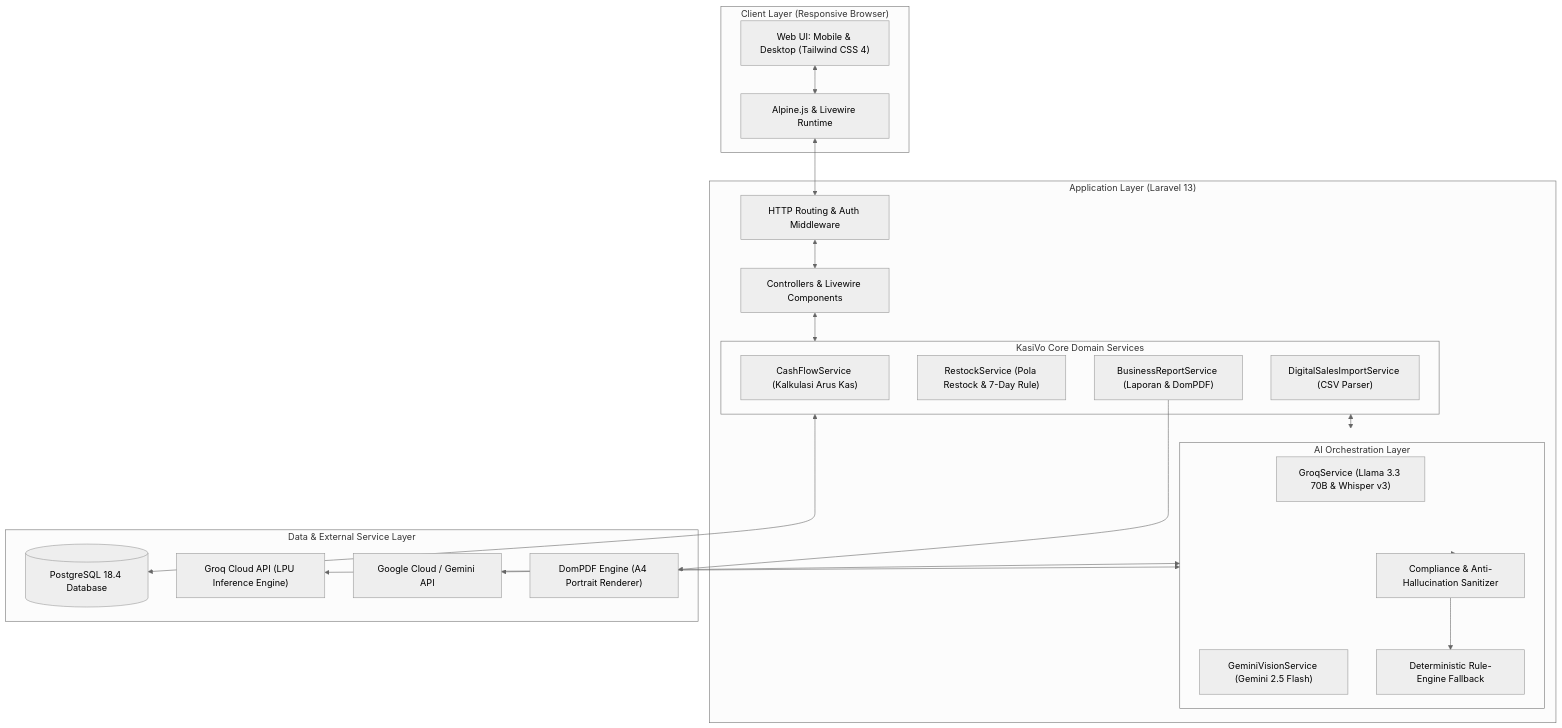
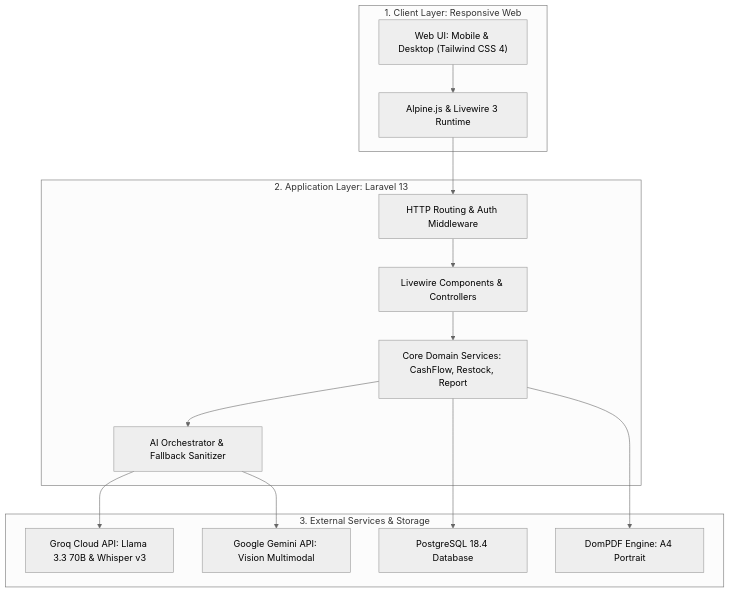
Before and after one commit to fahmirizki-zkie/KasiVo-WebApp: the first of 3 diagrams in README.md, drawn with Mermaid (neutral theme). The commit also changed other lines of this file and 4 other files, not shown here.

````diff
--- a/README.md
+++ b/README.md
@@ -91,47 +91,31 @@
 ```mermaid
-flowchart TD
-    subgraph ClientLayer ["Client Layer (Responsive Browser)"]
+graph TD
+    subgraph Client ["1. Client Layer: Responsive Web"]
         UI["Web UI: Mobile & Desktop (Tailwind CSS 4)"]
-        LivewireClient["Alpine.js & Livewire Runtime"]
+        Livewire["Alpine.js & Livewire 3 Runtime"]
     end
 
-    subgraph AppLayer ["Application Layer (Laravel 13)"]
+    subgraph App ["2. Application Layer: Laravel 13"]
         Router["HTTP Routing & Auth Middleware"]
-        Controllers["Controllers & Livewire Components"]
-        
-        subgraph CoreServices ["KasiVo Core Domain Services"]
-            CFService["CashFlowService (Kalkulasi Arus Kas)"]
-            RService["RestockService (Pola Restock & 7-Day Rule)"]
-            BReportService["BusinessReportService (Laporan & DomPDF)"]
-            ImportService["DigitalSalesImportService (CSV Parser)"]
-        end
-
-        subgraph AiOrchestration ["AI Orchestration Layer"]
-            GroqClient["GroqService (Llama 3.3 70B & Whisper v3)"]
-            GeminiClient["GeminiVisionService (Gemini 2.5 Flash)"]
-            GuardrailEngine["Compliance & Anti-Hallucination Sanitizer"]
-            FallbackEngine["Deterministic Rule-Engine Fallback"]
-        end
+        Controllers["Livewire Components & Controllers"]
+        Services["Core Domain Services: CashFlow, Restock, Report"]
+        AiOrchestrator["AI Orchestrator & Fallback Sanitizer"]
     end
 
-    subgraph DataLayer ["Data & External Service Layer"]
-        PostgresDB[("PostgreSQL 18.4 Database")]
-        GroqCloud["Groq Cloud API (LPU Inference Engine)"]
-        GoogleCloud["Google Cloud / Gemini API"]
-        PDFEngine["DomPDF Engine (A4 Portrait Renderer)"]
+    subgraph External ["3. External Services & Storage"]
+        Groq["Groq Cloud API: Llama 3.3 70B & Whisper v3"]
+        Gemini["Google Gemini API: Vision Multimodal"]
+        PostgresDB["PostgreSQL 18.4 Database"]
+        DomPdf["DomPDF Engine: A4 Portrait"]
     end
 
-    UI <--> LivewireClient
-    LivewireClient <--> Router
-    Router <--> Controllers
-    Controllers <--> CoreServices
-    CoreServices <--> AiOrchestration
-    
-    AiOrchestration <--> GroqCloud
-    AiOrchestration <--> GoogleCloud
-    AiOrchestration --> GuardrailEngine
-    GuardrailEngine --> FallbackEngine
-    
-    CoreServices <--> PostgresDB
-    BReportService --> PDFEngine
+    UI --> Livewire
+    Livewire --> Router
+    Router --> Controllers
+    Controllers --> Services
+    Services --> AiOrchestrator
+    AiOrchestrator --> Groq
+    AiOrchestrator --> Gemini
+    Services --> PostgresDB
+    Services --> DomPdf
 ```
````
